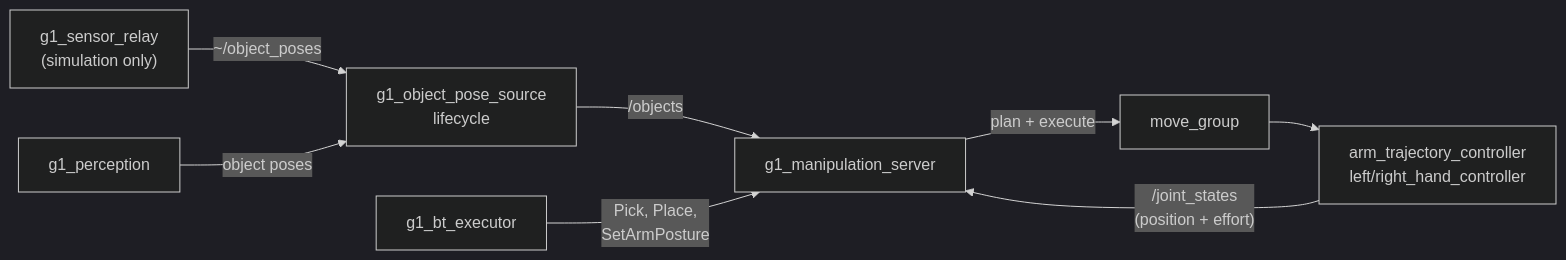
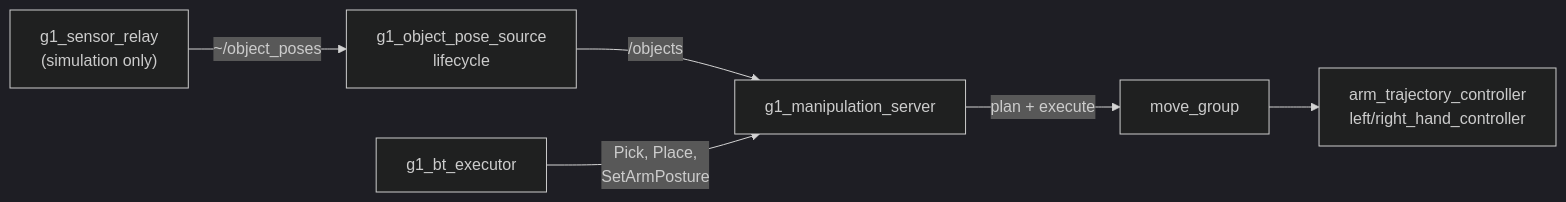
One commit to Mertsr/merts-g1-dex5 changed the diagram in workspace/src/g1_manipulation/README.md. Above: the diagram before and after it, drawn with Mermaid (dark theme). The commit also changed other lines of this file and 694 other files, not shown here.

````diff
--- a/workspace/src/g1_manipulation/README.md
+++ b/workspace/src/g1_manipulation/README.md
@@ -6,10 +8,8 @@
 ```mermaid
 flowchart LR
     REL["g1_sensor_relay<br/>(simulation only)"] -- "~/object_poses" --> SRC
-    PER["g1_perception"] -- "object poses" --> SRC
     SRC["g1_object_pose_source<br/>lifecycle"] -- "/objects" --> SRV
     BT["g1_bt_executor"] -- "Pick, Place,<br/>SetArmPosture" --> SRV
     SRV["g1_manipulation_server"] -- "plan + execute" --> MG["move_group"]
     MG --> JTC["arm_trajectory_controller<br/>left/right_hand_controller"]
-    JTC -- "/joint_states<br/>(position + effort)" --> SRV
 ```
````
